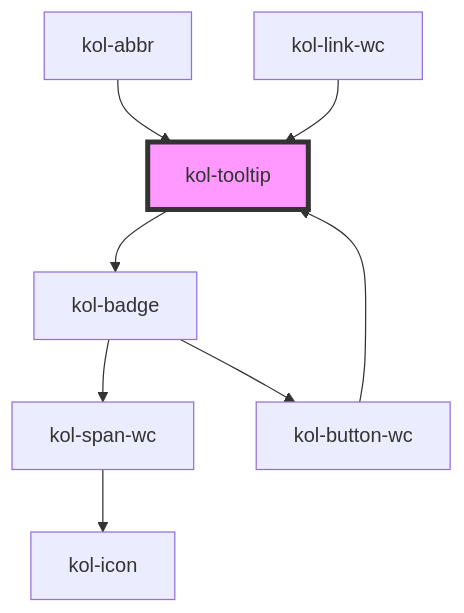
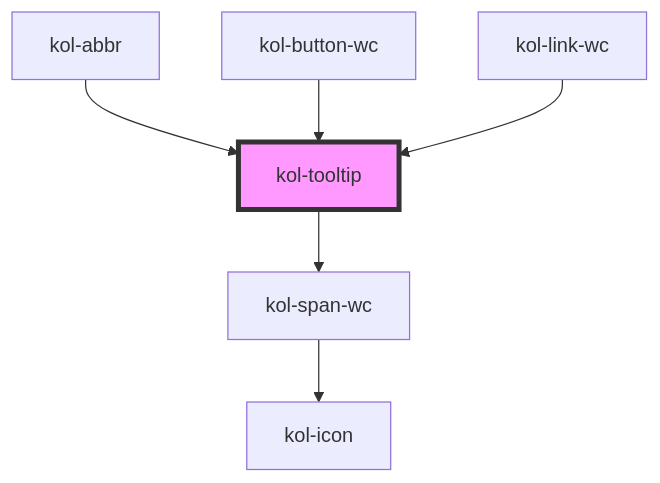
One commit to public-ui/kolibri changed the diagram in packages/components/src/components/tooltip/readme.md. Above: the diagram before and after it, drawn with Mermaid. The commit also changed other lines of this file and 62 other files, not shown here.

````diff
--- a/packages/components/src/components/tooltip/readme.md
+++ b/packages/components/src/components/tooltip/readme.md
@@ -47,11 +47,9 @@
 ```mermaid
 graph TD;
-  kol-tooltip --> kol-badge
-  kol-badge --> kol-span-wc
-  kol-badge --> kol-button-wc
+  kol-tooltip --> kol-span-wc
   kol-span-wc --> kol-icon
+  kol-abbr --> kol-tooltip
   kol-button-wc --> kol-tooltip
-  kol-abbr --> kol-tooltip
   kol-link-wc --> kol-tooltip
   style kol-tooltip fill:#f9f,stroke:#333,stroke-width:4px
 ```
````
